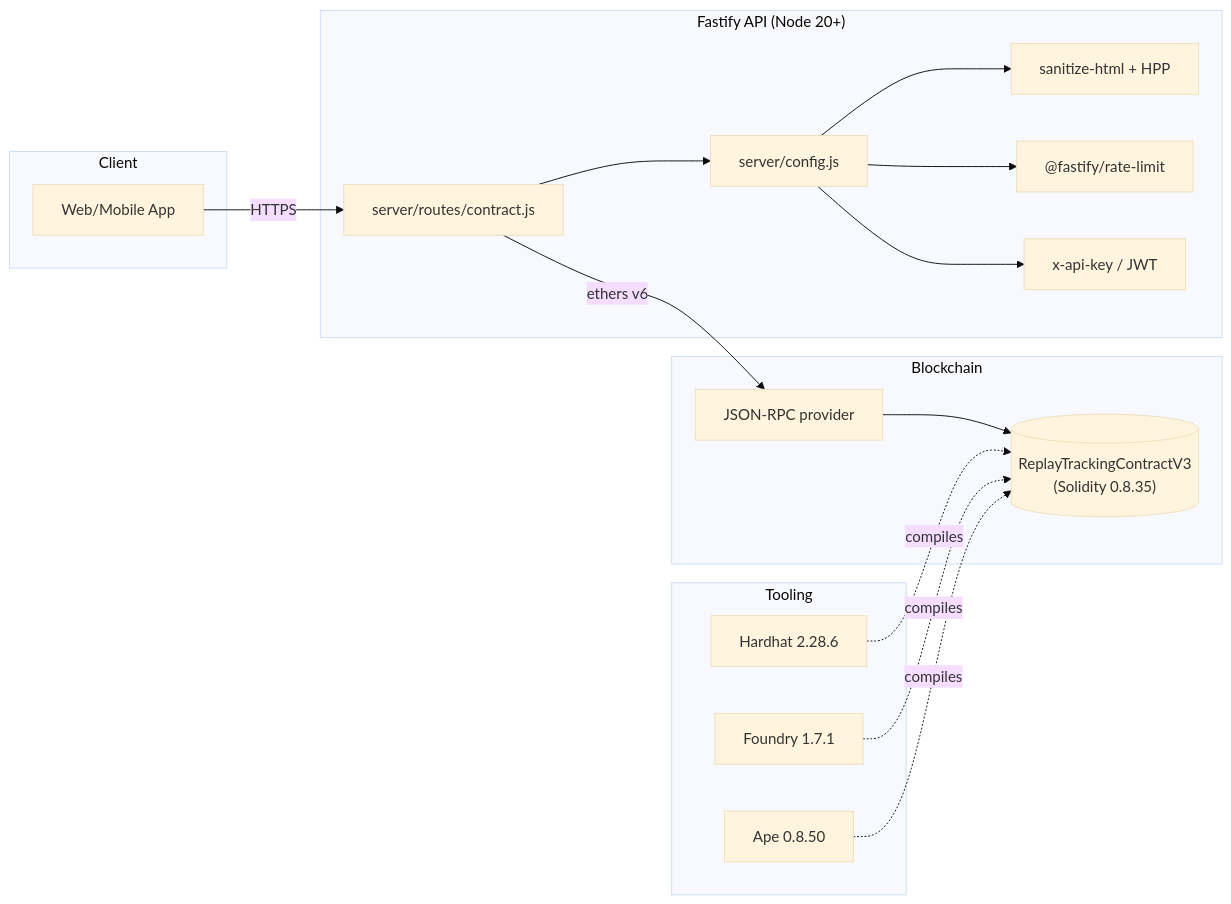
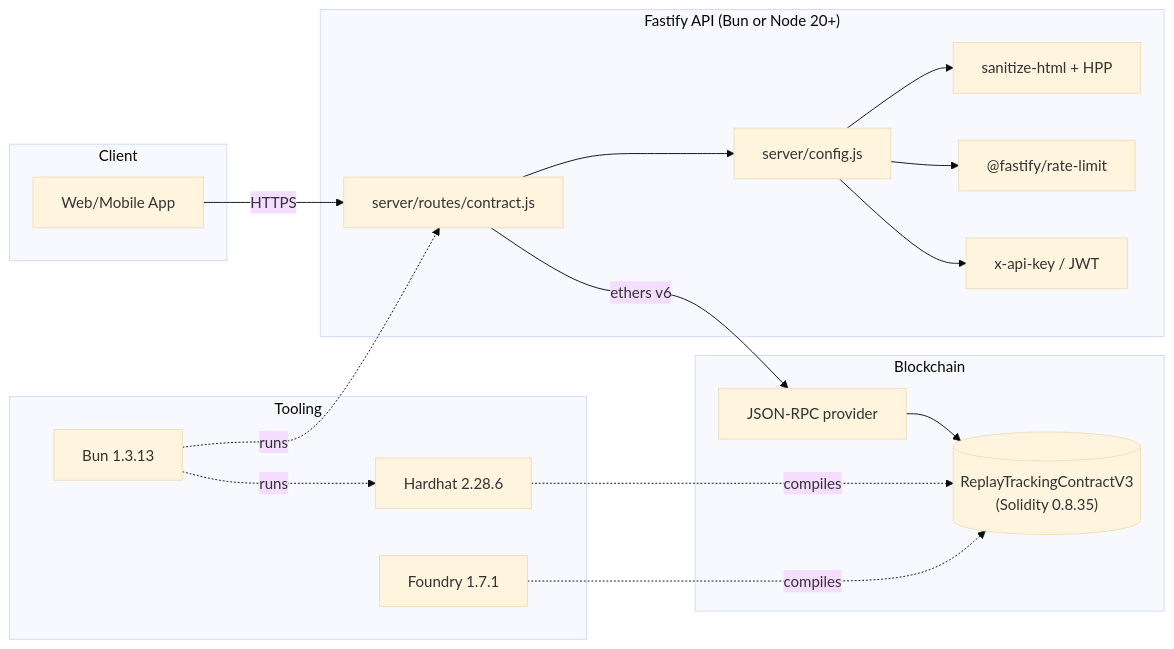
One commit to enriquesouza/replay-tracking changed the diagram in README.md. Above: the diagram before and after it, drawn with Mermaid (base theme). The commit also changed other lines of this file and 53 other files, not shown here.

````diff
--- a/README.md
+++ b/README.md
@@ -97,37 +113,38 @@
 ```mermaid
 flowchart LR
     subgraph Client
         UI[Web/Mobile App]
     end
 
-    subgraph API["Fastify API (Node 20+)"]
+    subgraph API["Fastify API (Bun or Node 20+)"]
         Routes["server/routes/contract.js"]
         Config["server/config.js"]
         Sanitize["sanitize-html + HPP"]
         RateLimit["@fastify/rate-limit"]
         Auth["x-api-key / JWT"]
     end
 
     subgraph Blockchain
         Contract[("ReplayTrackingContractV3<br/>(Solidity 0.8.35)")]
         RPC[JSON-RPC provider]
     end
 
     subgraph Tooling
         Hardhat[Hardhat 2.28.6]
         Forge[Foundry 1.7.1]
-        Ape[Ape 0.8.50]
+        Bun[Bun 1.3.13]
     end
 
     UI -->|HTTPS| Routes
     Routes --> Config
     Config --> Sanitize
     Config --> RateLimit
     Config --> Auth
     Routes -->|ethers v6| RPC
     RPC --> Contract
 
     Hardhat -. compiles .-> Contract
     Forge -. compiles .-> Contract
-    Ape -. compiles .-> Contract
+    Bun -. runs .-> Hardhat
+    Bun -. runs .-> Routes
 ```
````
